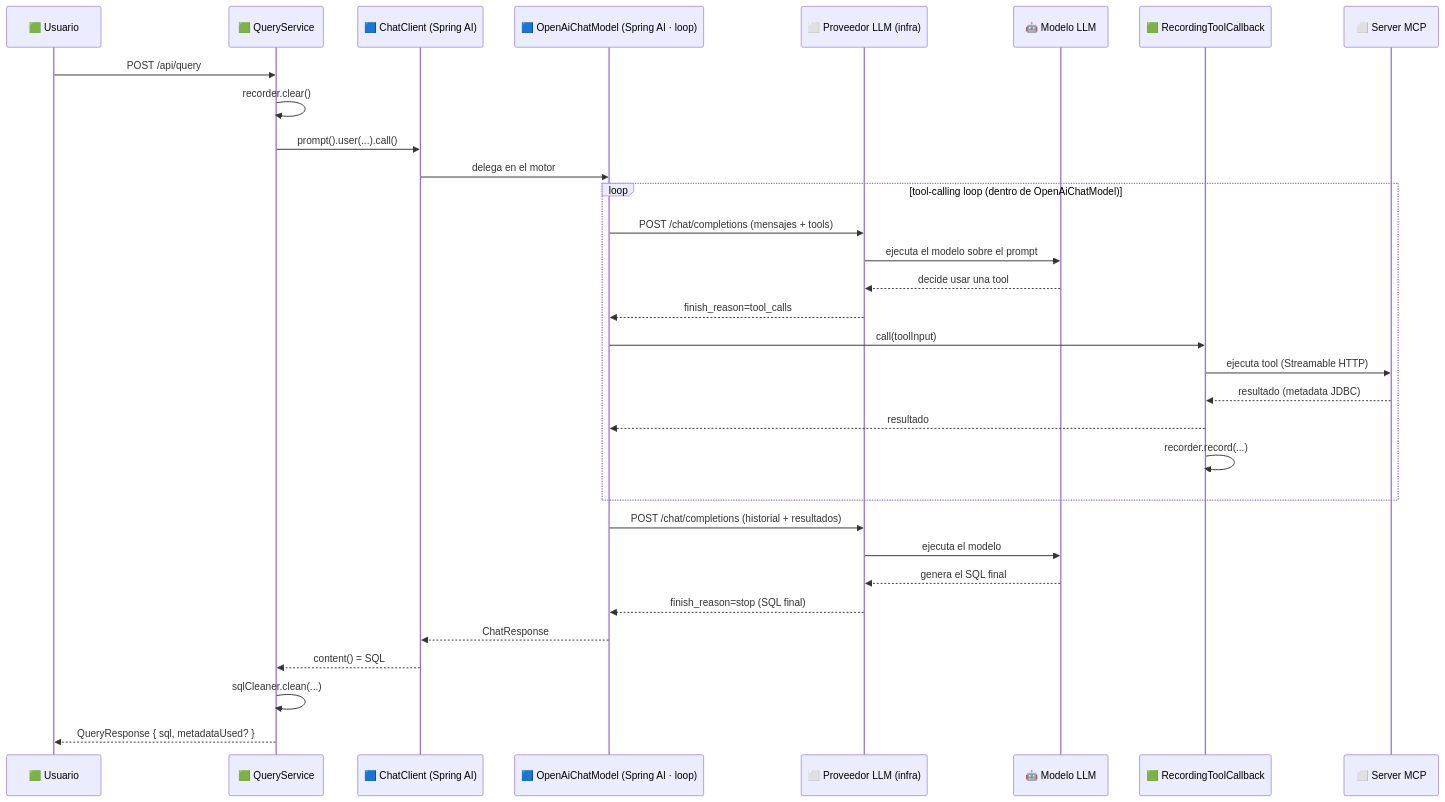
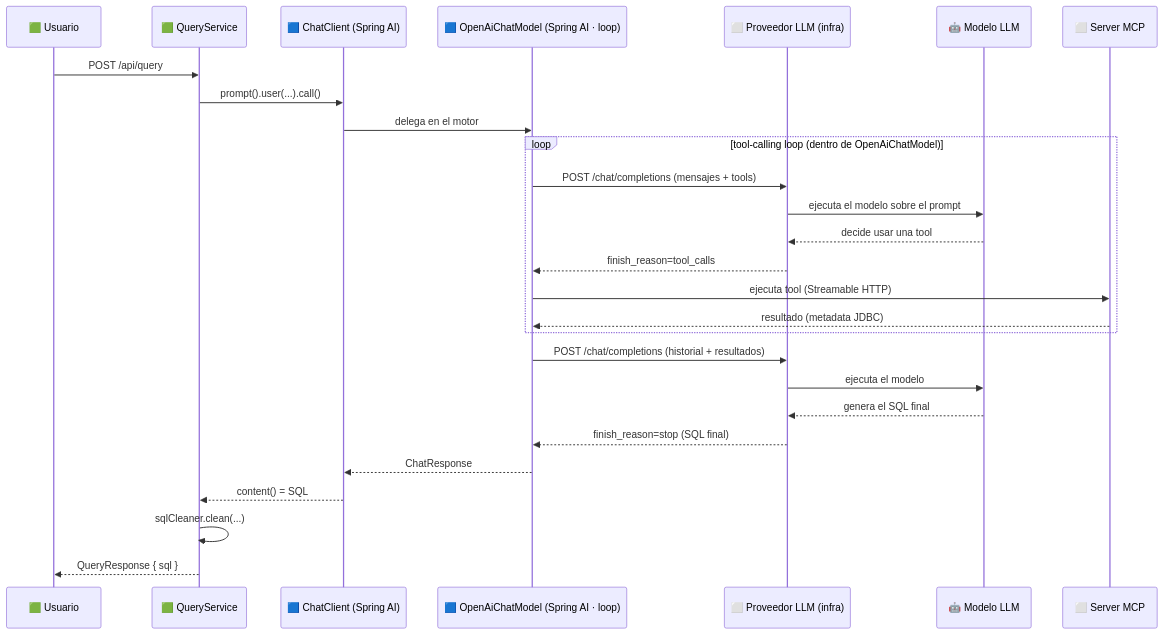
The second of 6 diagrams in client/README.md (Gianni-Nicolas/MCP-capsule), drawn with Mermaid before and after one commit. The commit also changed other lines of this file and 14 other files, not shown here.

Commit message:
refactor(client): remove includeMetadata tool-call trace feature

````diff
--- a/client/README.md
+++ b/client/README.md
@@ -125,37 +119,32 @@
 ```mermaid
 sequenceDiagram
     participant U as 🟩 Usuario
     participant S as 🟩 QueryService
     participant CC as 🟦 ChatClient (Spring AI)
     participant CM as 🟦 OpenAiChatModel (Spring AI · loop)
     participant P as ⬜ Proveedor LLM (infra)
     participant M as 🤖 Modelo LLM
-    participant RC as 🟩 RecordingToolCallback
     participant MCP as ⬜ Server MCP
 
     U->>S: POST /api/query
-    S->>S: recorder.clear()
     S->>CC: prompt().user(...).call()
     CC->>CM: delega en el motor
 
     loop tool-calling loop (dentro de OpenAiChatModel)
         CM->>P: POST /chat/completions (mensajes + tools)
         P->>M: ejecuta el modelo sobre el prompt
         M-->>P: decide usar una tool
         P-->>CM: finish_reason=tool_calls
-        CM->>RC: call(toolInput)
-        RC->>MCP: ejecuta tool (Streamable HTTP)
-        MCP-->>RC: resultado (metadata JDBC)
-        RC-->>CM: resultado
-        RC->>RC: recorder.record(...)
+        CM->>MCP: ejecuta tool (Streamable HTTP)
+        MCP-->>CM: resultado (metadata JDBC)
     end
 
     CM->>P: POST /chat/completions (historial + resultados)
     P->>M: ejecuta el modelo
     M-->>P: genera el SQL final
     P-->>CM: finish_reason=stop (SQL final)
     CM-->>CC: ChatResponse
     CC-->>S: content() = SQL
     S->>S: sqlCleaner.clean(...)
-    S-->>U: QueryResponse { sql, metadataUsed? }
+    S-->>U: QueryResponse { sql }
 ```
````
